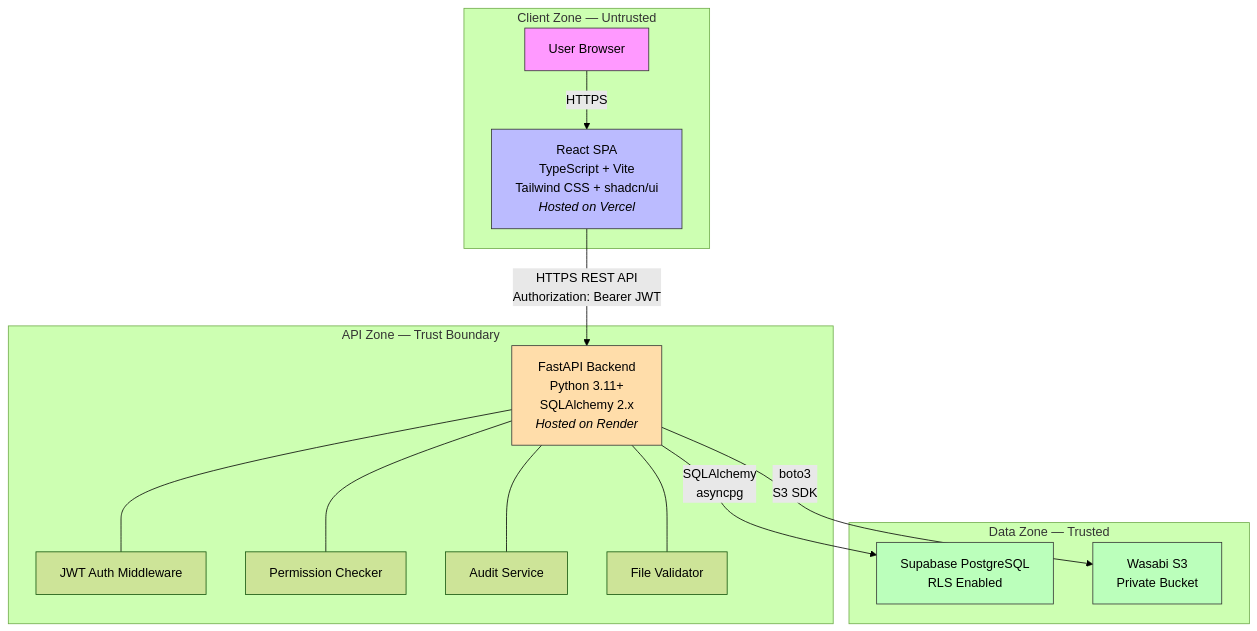
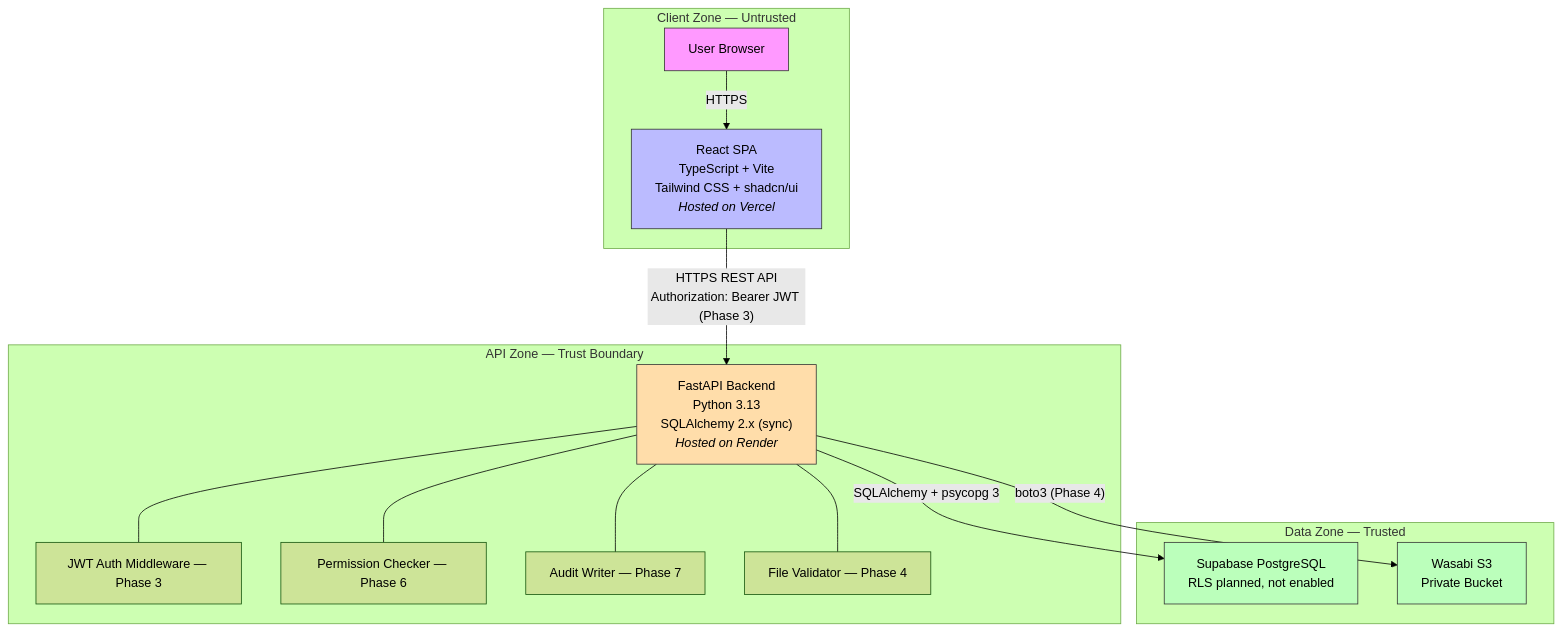
One commit to saisankeerth27/TrustVault changed the first of 4 diagrams in docs/ARCHITECTURE.md. Above: the diagram before and after it, drawn with Mermaid (forest theme). The commit also changed other lines of this file and 33 other files, not shown here.

First line of the commit message:
feat(db): implement database schema and migrations

````diff
--- a/docs/ARCHITECTURE.md
+++ b/docs/ARCHITECTURE.md
@@ -9,35 +11,35 @@
 ```mermaid
 graph TB
     subgraph "Client Zone — Untrusted"
         Browser["User Browser"]
         ReactSPA["React SPA<br/>TypeScript + Vite<br/>Tailwind CSS + shadcn/ui<br/><i>Hosted on Vercel</i>"]
     end
 
     subgraph "API Zone — Trust Boundary"
-        API["FastAPI Backend<br/>Python 3.11+<br/>SQLAlchemy 2.x<br/><i>Hosted on Render</i>"]
-        AuthMW["JWT Auth Middleware"]
-        PermCheck["Permission Checker"]
-        AuditSvc["Audit Service"]
-        FileVal["File Validator"]
+        API["FastAPI Backend<br/>Python 3.13<br/>SQLAlchemy 2.x (sync)<br/><i>Hosted on Render</i>"]
+        AuthMW["JWT Auth Middleware — Phase 3"]
+        PermCheck["Permission Checker — Phase 6"]
+        AuditSvc["Audit Writer — Phase 7"]
+        FileVal["File Validator — Phase 4"]
     end
 
     subgraph "Data Zone — Trusted"
-        DB["Supabase PostgreSQL<br/>RLS Enabled"]
+        DB["Supabase PostgreSQL<br/>RLS planned, not enabled"]
         S3["Wasabi S3<br/>Private Bucket"]
     end
 
     Browser -->|"HTTPS"| ReactSPA
-    ReactSPA -->|"HTTPS REST API<br/>Authorization: Bearer JWT"| API
+    ReactSPA -->|"HTTPS REST API<br/>Authorization: Bearer JWT (Phase 3)"| API
     API --- AuthMW
     API --- PermCheck
     API --- AuditSvc
     API --- FileVal
-    API -->|"SQLAlchemy<br/>asyncpg"| DB
-    API -->|"boto3<br/>S3 SDK"| S3
+    API -->|"SQLAlchemy + psycopg 3"| DB
+    API -->|"boto3 (Phase 4)"| S3
 
     style Browser fill:#f9f,stroke:#333
     style ReactSPA fill:#bbf,stroke:#333
     style API fill:#fda,stroke:#333
     style DB fill:#bfb,stroke:#333
     style S3 fill:#bfb,stroke:#333
 ```
````
